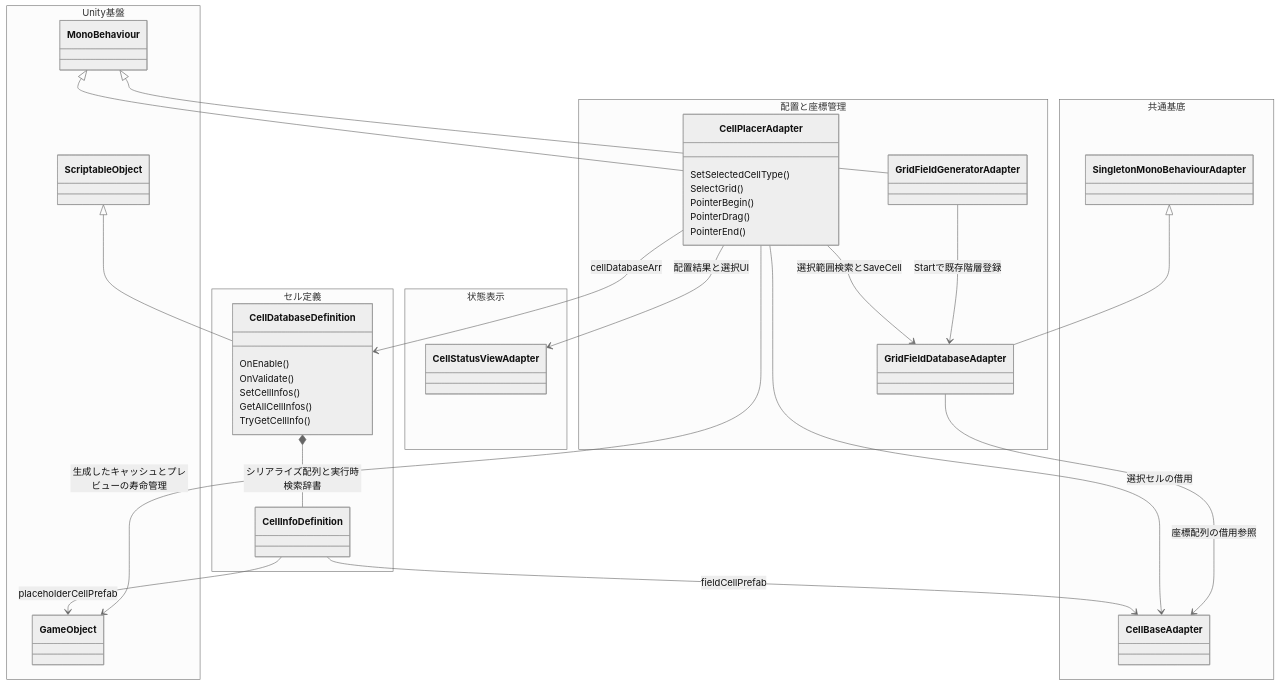
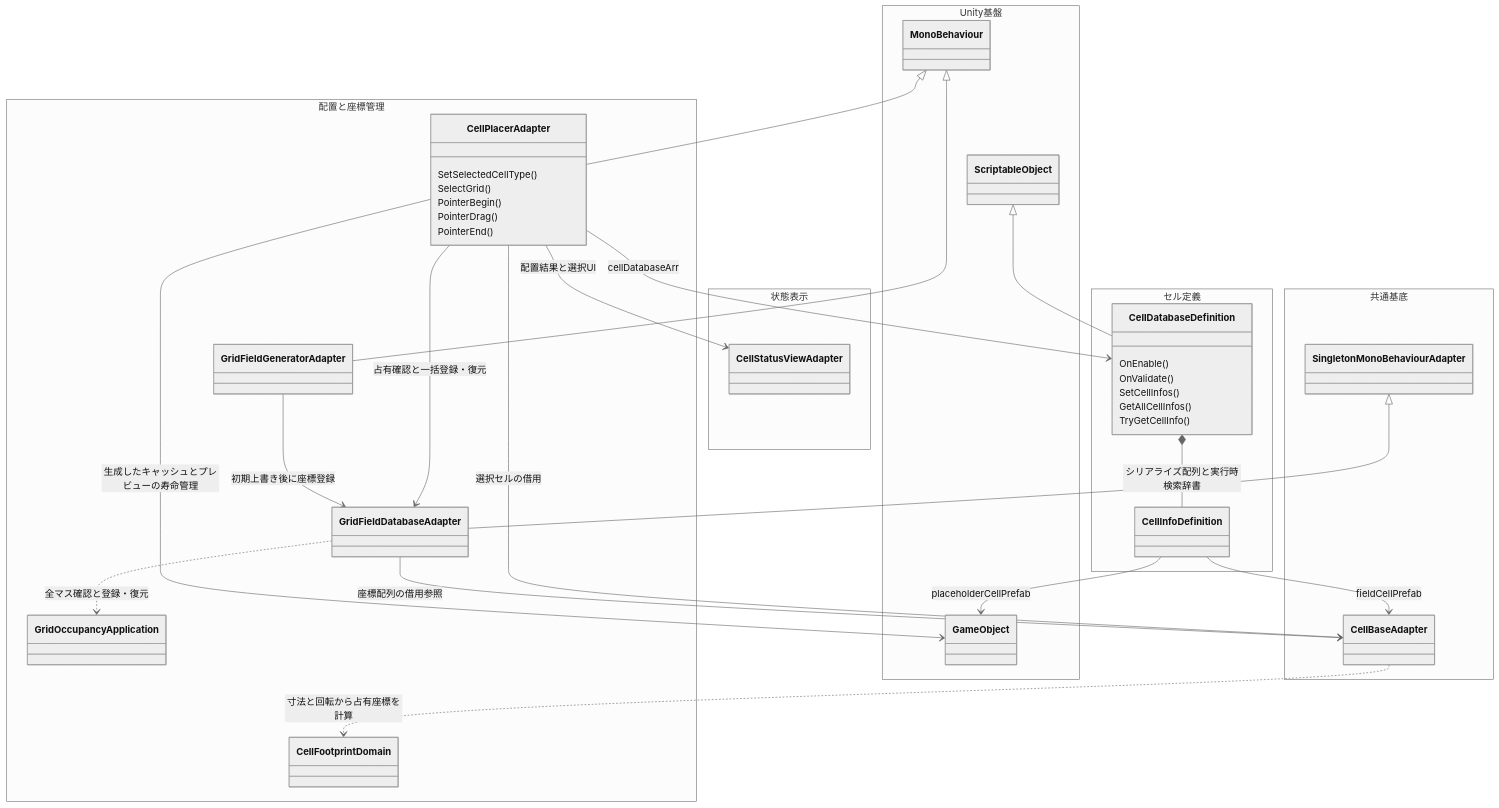
One commit to AoiTomiyama/FactoryGame changed the second of 2 diagrams in docs/design/architecture-cells-grid.md. Above: the diagram before and after it, drawn with Mermaid (neutral theme). The commit also changed other lines of this file and 12 other files, not shown here.

````diff
--- a/docs/design/architecture-cells-grid.md
+++ b/docs/design/architecture-cells-grid.md
@@ -109,50 +112,54 @@
 ```mermaid
 classDiagram
  namespace 共通基底 {
  class SingletonMonoBehaviourAdapter
  class CellBaseAdapter
  }
  namespace 配置と座標管理 {
  class CellPlacerAdapter {
   SetSelectedCellType()
   SelectGrid()
   PointerBegin()
   PointerDrag()
   PointerEnd()
  }
  class GridFieldGeneratorAdapter
  class GridFieldDatabaseAdapter
+ class GridOccupancyApplication
+ class CellFootprintDomain
  }
  namespace セル定義 {
  class CellDatabaseDefinition {
   OnEnable()
   OnValidate()
   SetCellInfos()
   GetAllCellInfos()
   TryGetCellInfo()
  }
  class CellInfoDefinition
  }
  namespace 状態表示 {
  class CellStatusViewAdapter
  }
  namespace Unity基盤 {
  class MonoBehaviour
  class ScriptableObject
  class GameObject
  }
  MonoBehaviour <|-- CellPlacerAdapter
  MonoBehaviour <|-- GridFieldGeneratorAdapter
  SingletonMonoBehaviourAdapter <|-- GridFieldDatabaseAdapter
  ScriptableObject <|-- CellDatabaseDefinition
  CellDatabaseDefinition *-- CellInfoDefinition : シリアライズ配列と実行時検索辞書
  CellInfoDefinition --> CellBaseAdapter : fieldCellPrefab
  CellInfoDefinition --> GameObject : placeholderCellPrefab
  CellPlacerAdapter --> CellDatabaseDefinition : cellDatabaseArr
- CellPlacerAdapter --> GridFieldDatabaseAdapter : 選択範囲検索とSaveCell
+ CellPlacerAdapter --> GridFieldDatabaseAdapter : 占有確認と一括登録・復元
  CellPlacerAdapter --> CellStatusViewAdapter : 配置結果と選択UI
  CellPlacerAdapter --> CellBaseAdapter : 選択セルの借用
  CellPlacerAdapter --> GameObject : 生成したキャッシュとプレビューの寿命管理
  GridFieldDatabaseAdapter --> CellBaseAdapter : 座標配列の借用参照
- GridFieldGeneratorAdapter --> GridFieldDatabaseAdapter : Startで既存階層登録
+ GridFieldGeneratorAdapter --> GridFieldDatabaseAdapter : 初期上書き後に座標登録
+ GridFieldDatabaseAdapter ..> GridOccupancyApplication : 全マス確認と登録・復元
+ CellBaseAdapter ..> CellFootprintDomain : 寸法と回転から占有座標を計算
 ```
````
